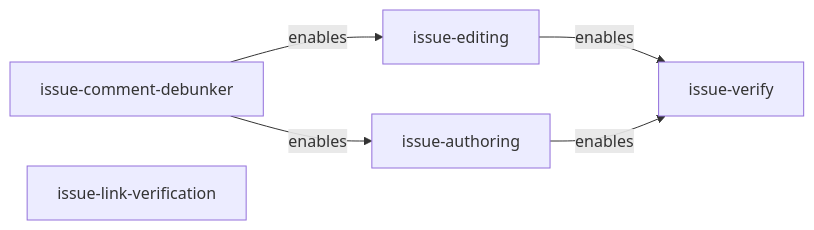
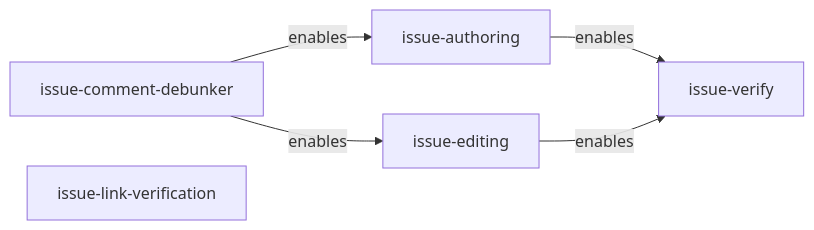
One commit to bordenet/superpowers-plus changed the eighth of 27 diagrams in docs/skill-dependency-graph.md. Above: the diagram before and after it, drawn with Mermaid. The commit also changed other lines of this file and 6 other files, not shown here.

````diff
--- a/docs/skill-dependency-graph.md
+++ b/docs/skill-dependency-graph.md
@@ -173,12 +173,12 @@
 ```mermaid
 flowchart LR
+  issue_authoring["issue-authoring"]
   issue_comment_debunker["issue-comment-debunker"]
   issue_editing["issue-editing"]
   issue_link_verification["issue-link-verification"]
   issue_verify["issue-verify"]
-  issue_authoring["issue-authoring"]
+  issue_authoring -->|enables| issue_verify
   issue_comment_debunker -->|enables| issue_editing
   issue_comment_debunker -->|enables| issue_authoring
   issue_editing -->|enables| issue_verify
-  issue_authoring -->|enables| issue_verify
 ```
````
